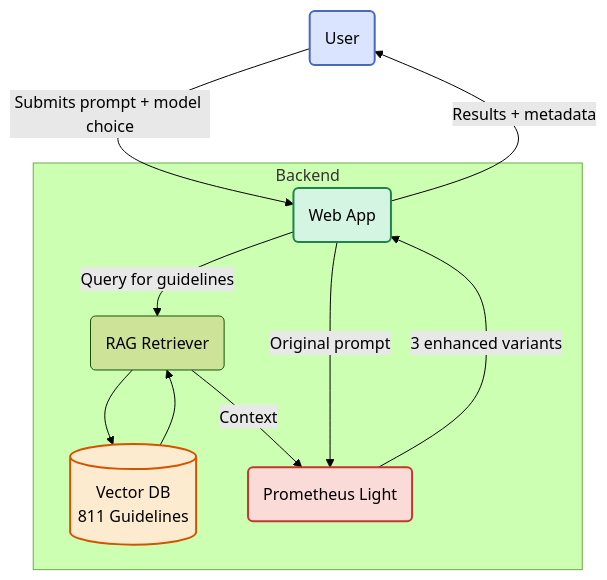
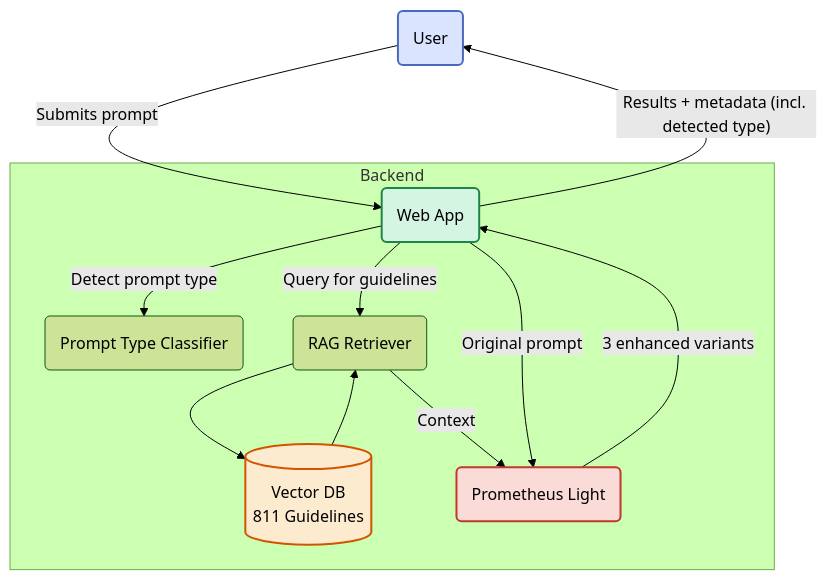
The diagram in README.md (sectechsociety/Prometheus), drawn with Mermaid (forest theme) before and after one commit. The commit also changed other lines of this file and 3 other files, not shown here.

Commit message:
feat: Enhance prompt classification and update metadata handling

````diff
--- a/README.md
+++ b/README.md
@@ -75,21 +75,22 @@
 ```mermaid
 graph TD
     style User fill:#dae4ff,stroke:#4a69bd,stroke-width:2px
     style API fill:#d5f5e3,stroke:#1e8449,stroke-width:2px
     style VectorDB fill:#fdebd0,stroke:#d35400,stroke-width:2px
     style LLM fill:#fadbd8,stroke:#c0392b,stroke-width:2px
 
-    User(User) -- "Submits prompt + model choice" --> API(Web App)
+    User(User) -- "Submits prompt" --> API(Web App)
     
     subgraph Backend
+        API -- "Detect prompt type" --> Classifier(Prompt Type Classifier)
         API -- "Query for guidelines" --> Retriever(RAG Retriever)
         Retriever --> VectorDB[(Vector DB<br/>811 Guidelines)]
         VectorDB --> Retriever
         
         Retriever -- "Context" --> LLM(Prometheus Light)
         API -- "Original prompt" --> LLM
     end
 
     LLM -- "3 enhanced variants" --> API
-    API -- "Results + metadata" --> User
+    API -- "Results + metadata (incl. detected type)" --> User
 ```
````
